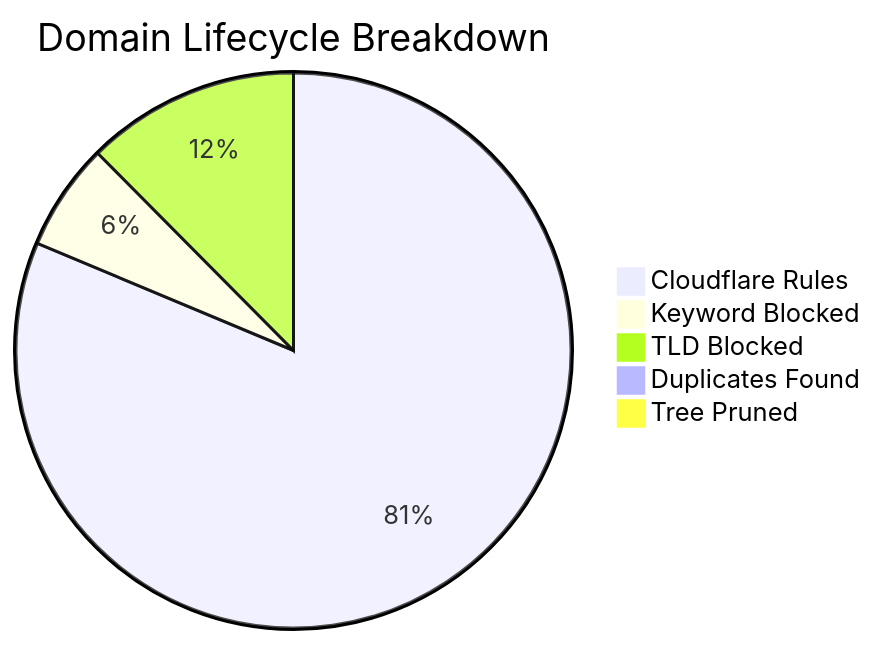
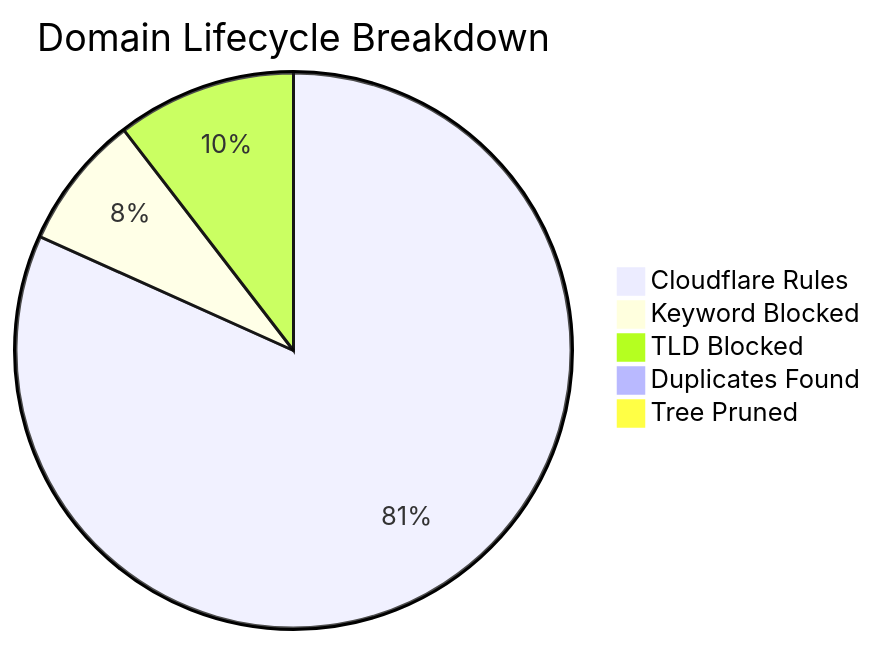
One commit to brojangles24/Cloudflare-ZeroTrust-AdBlock changed the diagram in README_STATS.md. Above: the diagram before and after it, drawn with Mermaid. The commit also changed other lines of this file and 1 other file, not shown here.

````diff
--- a/README_STATS.md
+++ b/README_STATS.md
@@ -5,8 +5,8 @@
 ```mermaid
 pie title Domain Lifecycle Breakdown
-    "Cloudflare Rules" : 345022
-    "Keyword Blocked" : 26534
-    "TLD Blocked" : 52795
-    "Duplicates Found" : 1232
-    "Tree Pruned" : 943
+    "Cloudflare Rules" : 274326
+    "Keyword Blocked" : 26345
+    "TLD Blocked" : 35036
+    "Duplicates Found" : 979
+    "Tree Pruned" : 849
 ```
````
